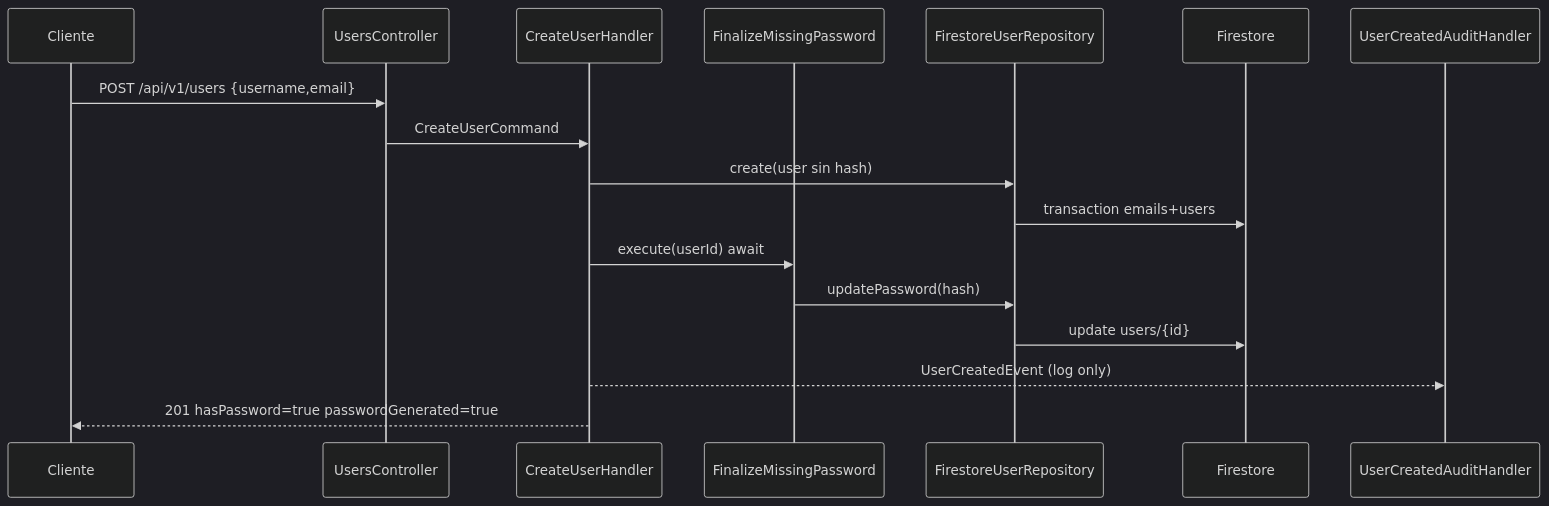
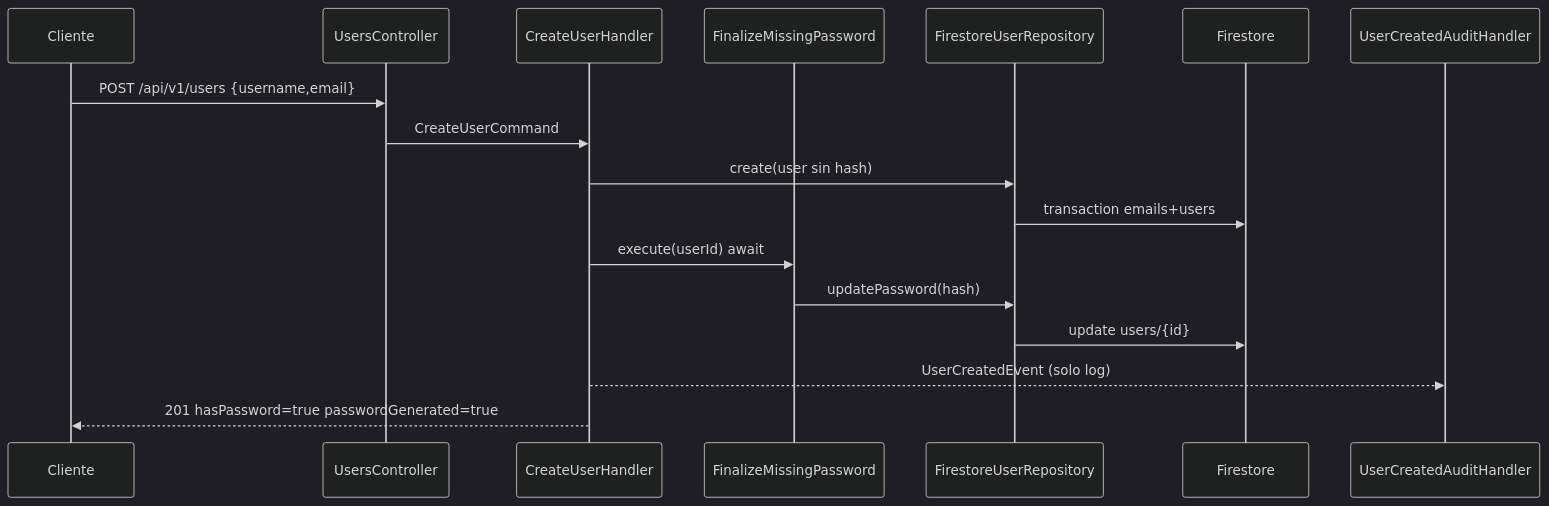
One commit to AndresED/reto-geekscastle changed the third of 4 diagrams in docs/infra/c4-y-flujos.md. Above: the diagram before and after it, drawn with Mermaid (dark theme). The commit also changed other lines of this file and 10 other files, not shown here.

````diff
--- a/docs/infra/c4-y-flujos.md
+++ b/docs/infra/c4-y-flujos.md
@@ -46,20 +49,20 @@
 ```mermaid
 sequenceDiagram
   participant C as Cliente
   participant Ctrl as UsersController
   participant CH as CreateUserHandler
   participant Fin as FinalizeMissingPassword
   participant Repo as FirestoreUserRepository
   participant FS as Firestore
   participant Audit as UserCreatedAuditHandler
 
   C->>Ctrl: POST /api/v1/users {username,email}
   Ctrl->>CH: CreateUserCommand
   CH->>Repo: create(user sin hash)
   Repo->>FS: transaction emails+users
   CH->>Fin: execute(userId) await
   Fin->>Repo: updatePassword(hash)
   Repo->>FS: update users/{id}
-  CH-->>Audit: UserCreatedEvent (log only)
+  CH-->>Audit: UserCreatedEvent (solo log)
   CH-->>C: 201 hasPassword=true passwordGenerated=true
 ```
````
